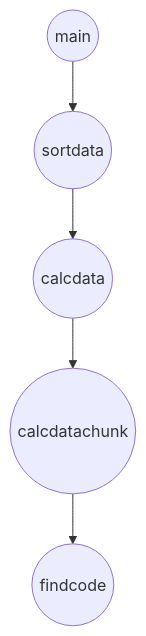
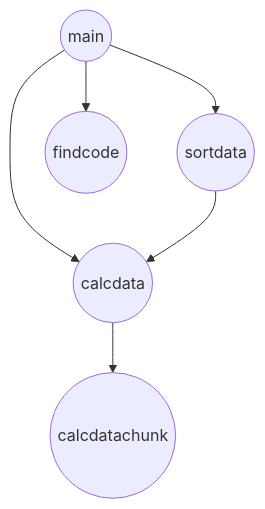
The diagram in README.md (alfieV/Pymmo), drawn with Mermaid before and after one commit.

````diff
--- a/README.md
+++ b/README.md
@@ -48,14 +48,15 @@
 ```mermaid
 graph TD;
 
 main((main))
 sortdata((sortdata))
 findcode((findcode))
 calcdata((calcdata))
 calcdatachunk((calcdatachunk))
 
 main --> sortdata
+main --> calcdata
 sortdata --> calcdata
 calcdata --> calcdatachunk
-calcdatachunk --> findcode
+main --> findcode
 ```
````
